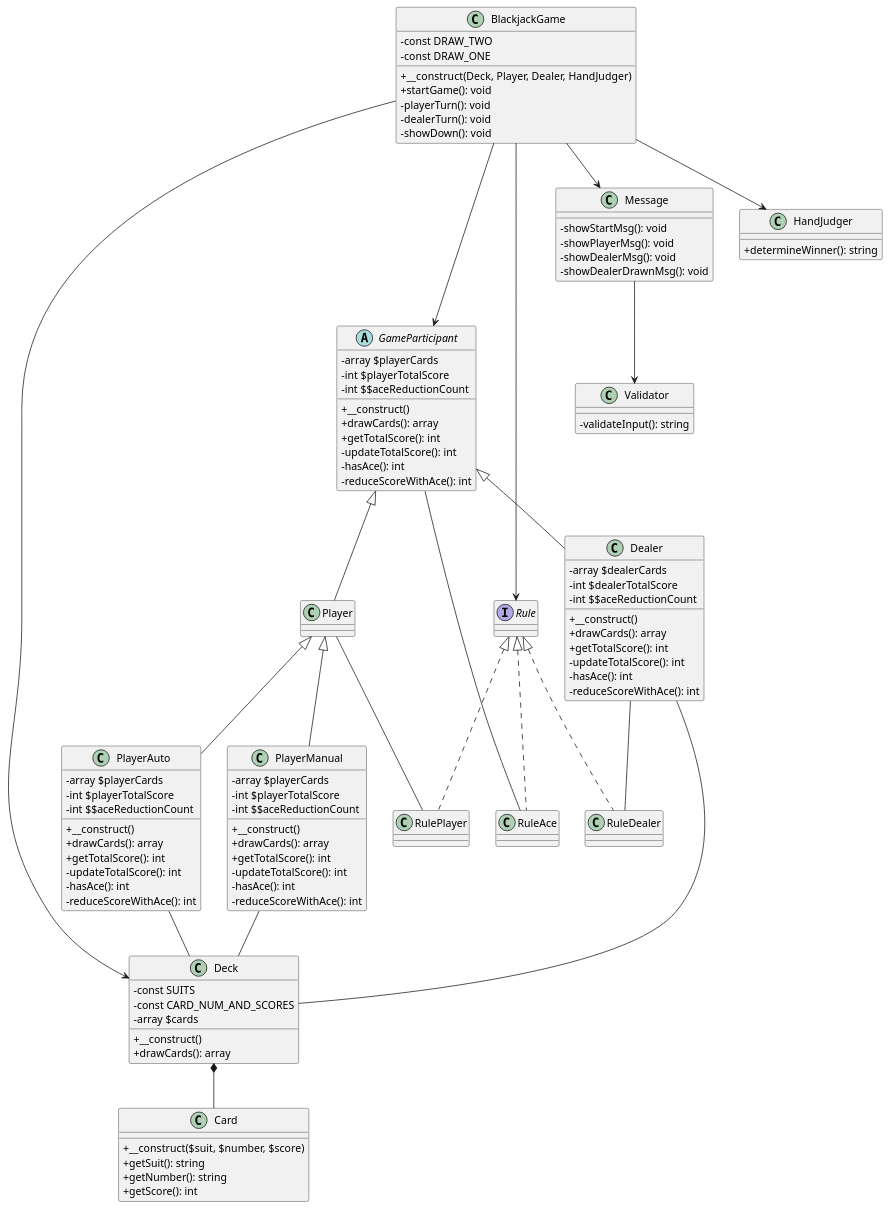
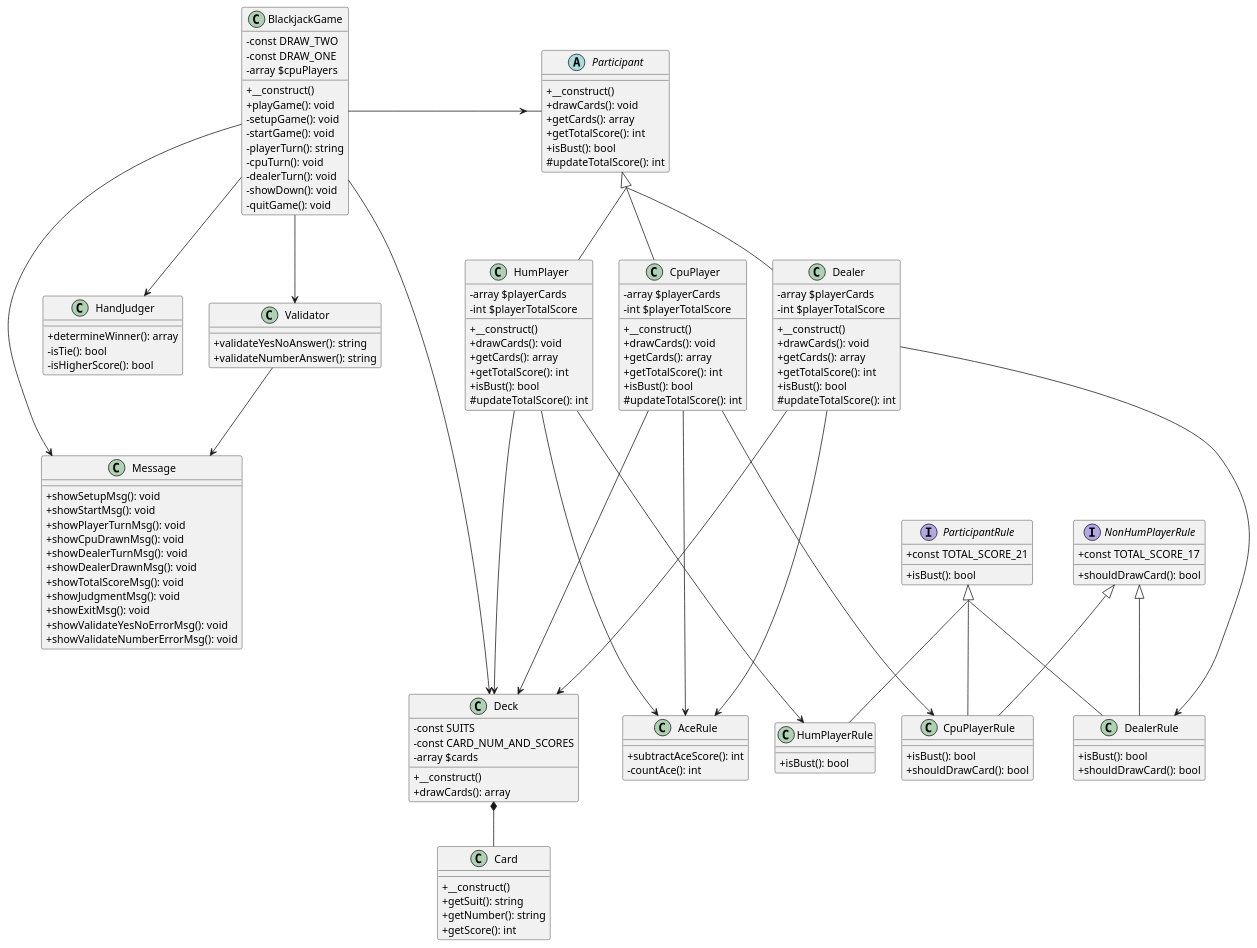
Before and after one commit to mariko-mr/blackjack: the diagram in uml/class.pu, drawn with PlantUML. The commit also changed 1 other file, not shown here.

```diff
--- a/uml/class.pu
+++ b/uml/class.pu
@@ -1,131 +1,175 @@
 @startuml blackjack
 
-BlackjackGame --> GameParticipant
+BlackjackGame -> Participant
 BlackjackGame --> Deck
-BlackjackGame ----> Rule
 BlackjackGame --> Message
+BlackjackGame --> Validator
 BlackjackGame --> HandJudger
 
-Message --> Validator
+Participant <|-- HumPlayer
+Participant <|-- CpuPlayer
+Participant <|-- Dealer
 
-GameParticipant <|-- Player
-GameParticipant <|-- Dealer
-Player <|-- PlayerManual
-Player <|-- PlayerAuto
+HumPlayer ---> Deck
+CpuPlayer ---> Deck
+Dealer ---> Deck
+
+Deck *-- Card
+
+Validator --> Message
+
+HumPlayer ---> AceRule
+HumPlayer ---> HumPlayerRule
+
+CpuPlayer ---> AceRule
+CpuPlayer ---> CpuPlayerRule
+
+Dealer ---> AceRule
+Dealer ---> DealerRule
+
+NonHumPlayerRule <|-- CpuPlayerRule
+NonHumPlayerRule <|-- DealerRule
+
+ParticipantRule <|-- HumPlayerRule
+ParticipantRule <|-- CpuPlayerRule
+ParticipantRule <|-- DealerRule
 
 
-PlayerManual -- Deck
-PlayerAuto -- Deck
-Dealer -- Deck
-Deck *-- Card
+skinparam classAttributeIconSize 0
+skinparam groupInheritance 3
 
-GameParticipant -- RuleAce
-Player -- RulePlayer
-Dealer -- RuleDealer
-
-Rule <|.. RuleAce
-Rule <|.. RuleDealer
-Rule <|.. RulePlayer
-
-skinparam classAttributeIconSize 0
-
+' ブラックジャックゲーム
 class BlackjackGame {
     -const DRAW_TWO
     -const DRAW_ONE
-    +__construct(Deck, Player, Dealer, HandJudger)
-    +startGame(): void
-    -playerTurn(): void
+    -array $cpuPlayers
+    +__construct()
+    +playGame(): void
+    -setupGame(): void
+    -startGame(): void
+    -playerTurn(): string
+    -cpuTurn(): void
     -dealerTurn(): void
     -showDown(): void
+    -quitGame(): void
 }
 
-abstract GameParticipant {
+' 参加者
+abstract Participant {
+    +__construct()
+    +drawCards(): void
+    +getCards(): array
+    +getTotalScore(): int
+    +isBust(): bool
+    #updateTotalScore(): int
+}
+
+class HumPlayer {
     -array $playerCards
     -int $playerTotalScore
-    -int $$aceReductionCount
     +__construct()
-    +drawCards(): array
+    +drawCards(): void
+    +getCards(): array
     +getTotalScore(): int
-    -updateTotalScore(): int
-    -hasAce(): int
-    -reduceScoreWithAce(): int
-}
-
-class Player {
-}
-
-class PlayerManual {
-    -array $playerCards
-    -int $playerTotalScore
-    -int $$aceReductionCount
-    +__construct()
-    +drawCards(): array
-    +getTotalScore(): int
-    -updateTotalScore(): int
-    -hasAce(): int
-    -reduceScoreWithAce(): int
-}
-
-class PlayerAuto {
-    -array $playerCards
-    -int $playerTotalScore
-    -int $$aceReductionCount
-    +__construct()
-    +drawCards(): array
-    +getTotalScore(): int
-    -updateTotalScore(): int
-    -hasAce(): int
-    -reduceScoreWithAce(): int
+    +isBust(): bool
+    #updateTotalScore(): int
 }
 
 class Dealer {
-    -array $dealerCards
-    -int $dealerTotalScore
-    -int $$aceReductionCount
+    -array $playerCards
+    -int $playerTotalScore
     +__construct()
-    +drawCards(): array
+    +drawCards(): void
+    +getCards(): array
     +getTotalScore(): int
-    -updateTotalScore(): int
-    -hasAce(): int
-    -reduceScoreWithAce(): int
+    +isBust(): bool
+    #updateTotalScore(): int
 }
 
+class CpuPlayer {
+    -array $playerCards
+    -int $playerTotalScore
+    +__construct()
+    +drawCards(): void
+    +getCards(): array
+    +getTotalScore(): int
+    +isBust(): bool
+    #updateTotalScore(): int
+}
+
+' デッキ
 class Deck {
     -const SUITS
     -const CARD_NUM_AND_SCORES
     -array $cards
     +__construct()
     +drawCards(): array
 }
 
+' カード
 class Card {
-    +__construct($suit, $number, $score)
+    +__construct()
     +getSuit(): string
     +getNumber(): string
     +getScore(): int
 }
 
-interface Rule {
+' ルールクラス
+interface ParticipantRule{
+    +const TOTAL_SCORE_21
+    +isBust(): bool
 }
 
-class RuleAce{
+interface NonHumPlayerRule{
+    +const TOTAL_SCORE_17
+    +shouldDrawCard(): bool
 }
 
-class HandJudger {
-    +determineWinner(): string
+class HumPlayerRule {
+    +isBust(): bool
 }
 
-class Message {
-    -showStartMsg(): void
-    -showPlayerMsg(): void
-    -showDealerMsg(): void
-    -showDealerDrawnMsg(): void
-
+class DealerRule {
+    +isBust(): bool
+    +shouldDrawCard(): bool
 }
 
-class Validator {
-    -validateInput(): string
+class CpuPlayerRule {
+    +isBust(): bool
+    +shouldDrawCard(): bool
 }
 
+class AceRule{
+    +subtractAceScore(): int
+    -countAce(): int
+}
+
+' 結果
+class HandJudger {
+    +determineWinner(): array
+    -isTie(): bool
+    -isHigherScore(): bool
+}
+
+' メッセージ
+class Message {
+    +showSetupMsg(): void
+    +showStartMsg(): void
+    +showPlayerTurnMsg(): void
+    +showCpuDrawnMsg(): void
+    +showDealerTurnMsg(): void
+    +showDealerDrawnMsg(): void
+    +showTotalScoreMsg(): void
+    +showJudgmentMsg(): void
+    +showExitMsg(): void
+    +showValidateYesNoErrorMsg(): void
+    +showValidateNumberErrorMsg(): void
+}
+
+' バリデーター
+class Validator {
+    +validateYesNoAnswer(): string
+    +validateNumberAnswer(): string
+}
 
 @enduml
```
